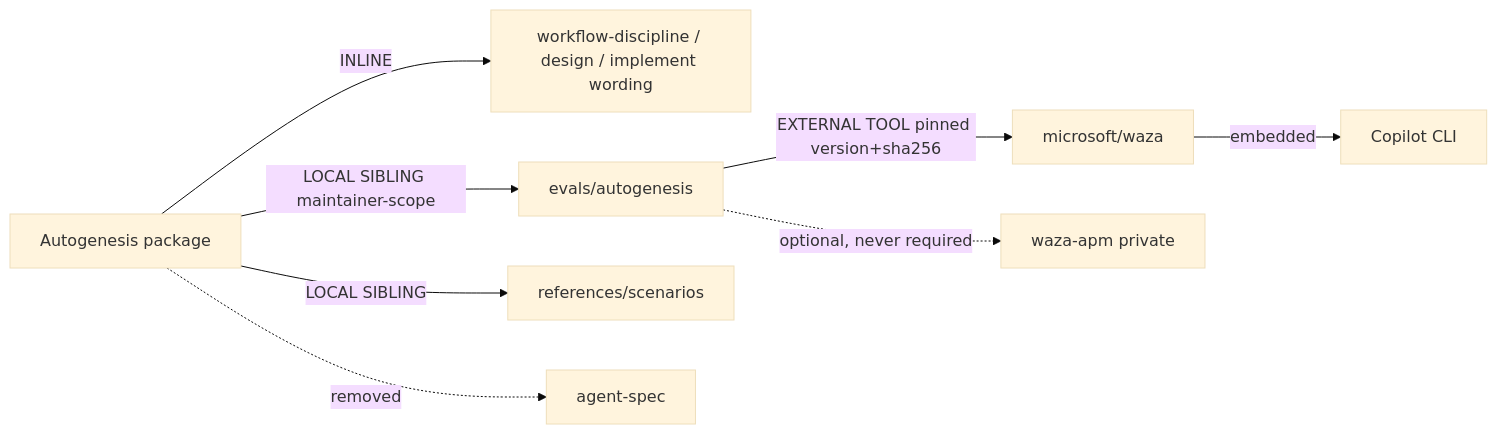
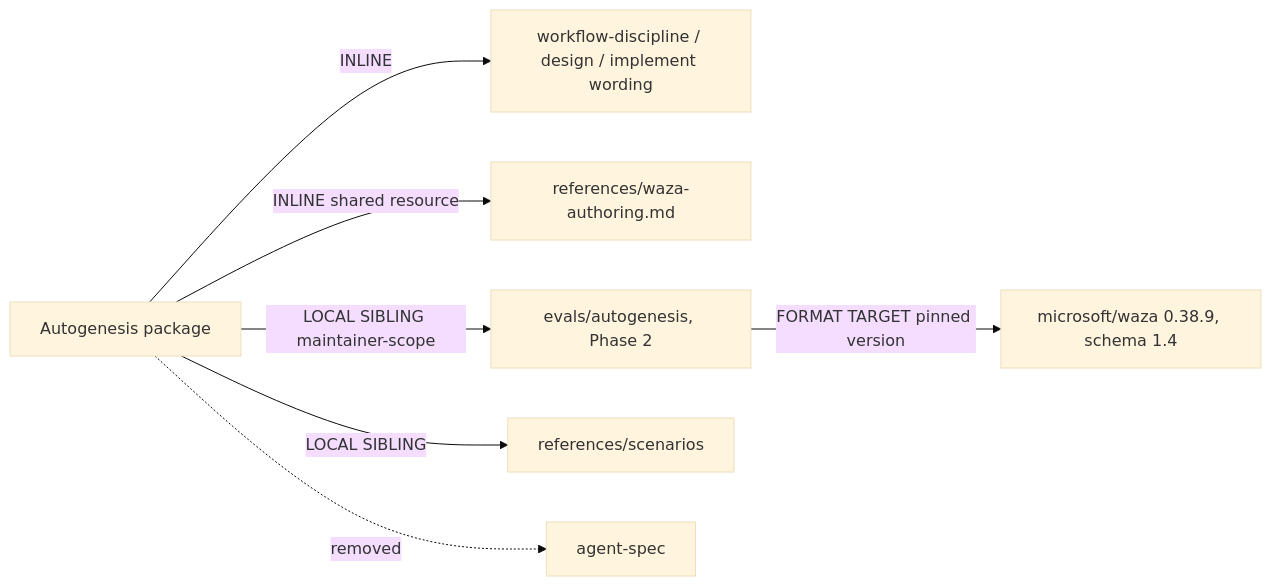
One commit to sergio-sisternes-epam/autogenesis-atlas changed the third of 3 diagrams in autogenesis/plans/2026-10-08-waza-evaluation.md. Above: the diagram before and after it, drawn with Mermaid (base theme). The commit also changed other lines of this file and 3 other files, not shown here.

Commit message:
Revise Waza evaluation plan: author suites, never run them; upstream Waza only (revision 2).

````diff
--- a/autogenesis/plans/2026-10-08-waza-evaluation.md
+++ b/autogenesis/plans/2026-10-08-waza-evaluation.md
@@ -181,10 +178,9 @@
 ```mermaid
 flowchart LR
     AG[Autogenesis package] -- INLINE --> WD[workflow-discipline / design / implement wording]
-    AG -- LOCAL SIBLING maintainer-scope --> EV[evals/autogenesis]
+    AG -- INLINE shared resource --> GUIDE[references/waza-authoring.md]
+    AG -- LOCAL SIBLING maintainer-scope --> EV[evals/autogenesis, Phase 2]
     AG -- LOCAL SIBLING --> SC[references/scenarios]
-    EV -- EXTERNAL TOOL pinned version+sha256 --> WZ[microsoft/waza]
-    WZ -- embedded --> CP[Copilot CLI]
-    EV -. optional, never required .-> WA[waza-apm private]
+    EV -- FORMAT TARGET pinned version --> WZ[microsoft/waza 0.38.9, schema 1.4]
     AG -. removed .-> SPEC[agent-spec]
 ```
````
